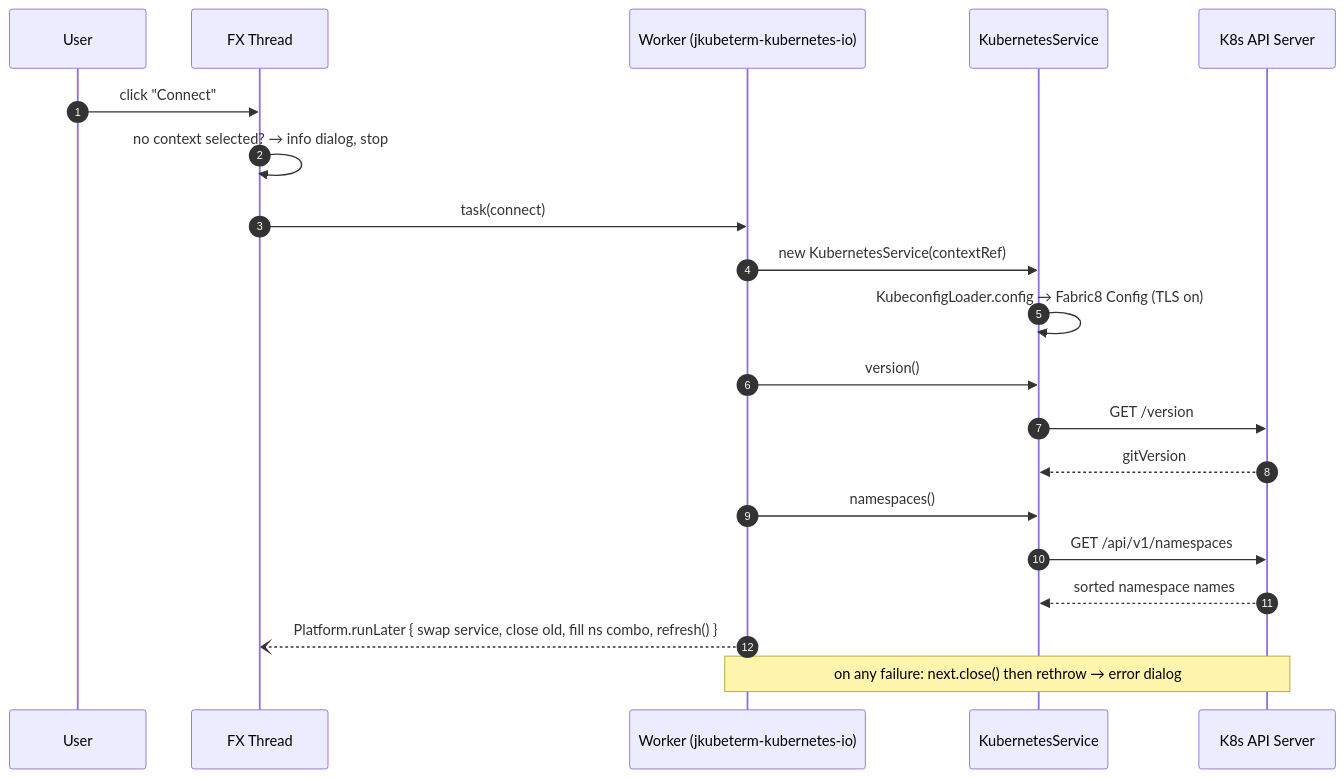
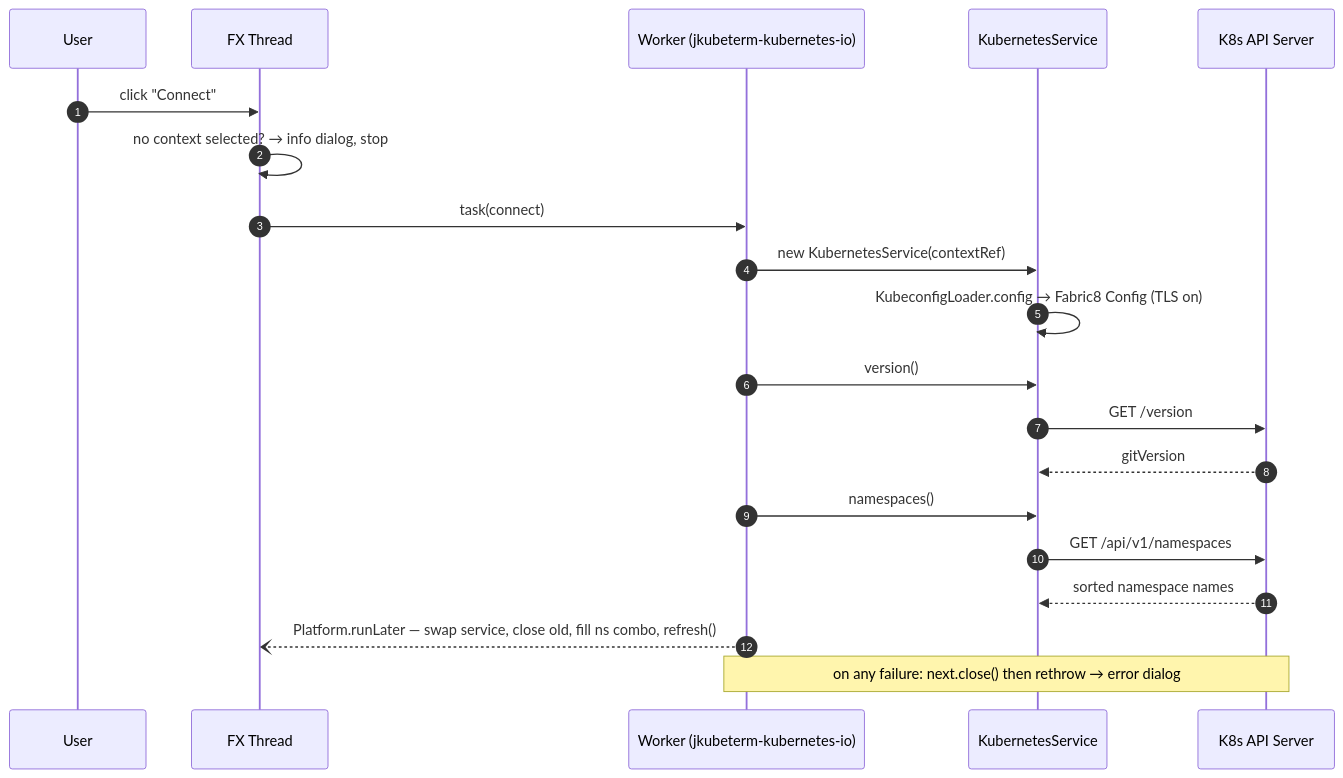
The third of 13 diagrams in docs/architecture/data-flow.md (kotenev/JKubeTerm), drawn with Mermaid before and after one commit. The commit also changed other lines of this file and 5 other files, not shown here.

````diff
--- a/docs/architecture/data-flow.md
+++ b/docs/architecture/data-flow.md
@@ -56,22 +56,22 @@
 ```mermaid
 sequenceDiagram
   autonumber
   participant U as User
   participant FX as FX Thread
   participant W as Worker (jkubeterm-kubernetes-io)
   participant KS as KubernetesService
   participant API as K8s API Server
   U->>FX: click "Connect"
   FX->>FX: no context selected? → info dialog, stop
   FX->>W: task(connect)
   W->>KS: new KubernetesService(contextRef)
   KS->>KS: KubeconfigLoader.config → Fabric8 Config (TLS on)
   W->>KS: version()
   KS->>API: GET /version
   API-->>KS: gitVersion
   W->>KS: namespaces()
   KS->>API: GET /api/v1/namespaces
   API-->>KS: sorted namespace names
-  W--)FX: Platform.runLater { swap service, close old, fill ns combo, refresh() }
+  W--)FX: Platform.runLater — swap service, close old, fill ns combo, refresh()
   Note over W,API: on any failure: next.close() then rethrow → error dialog
 ```
````
